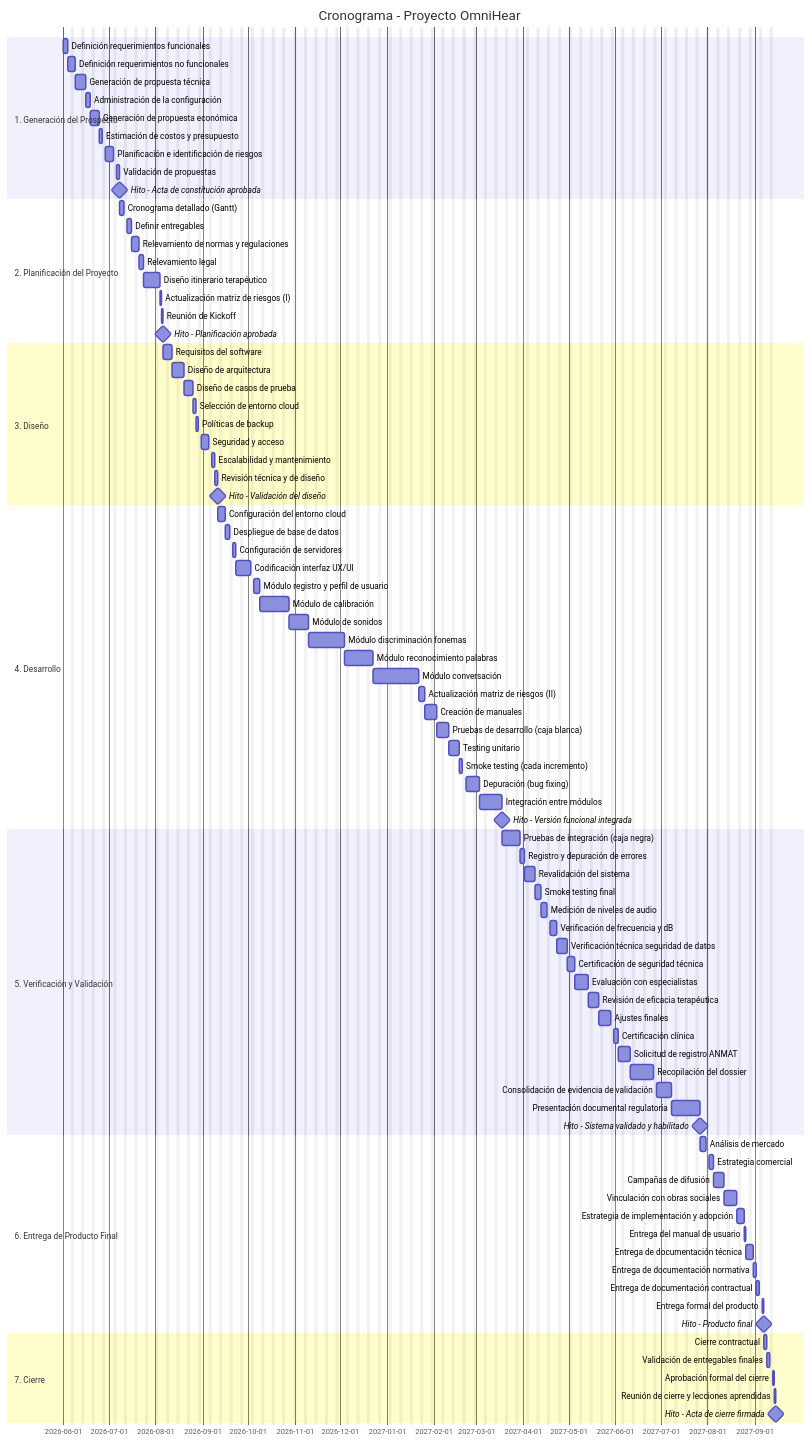
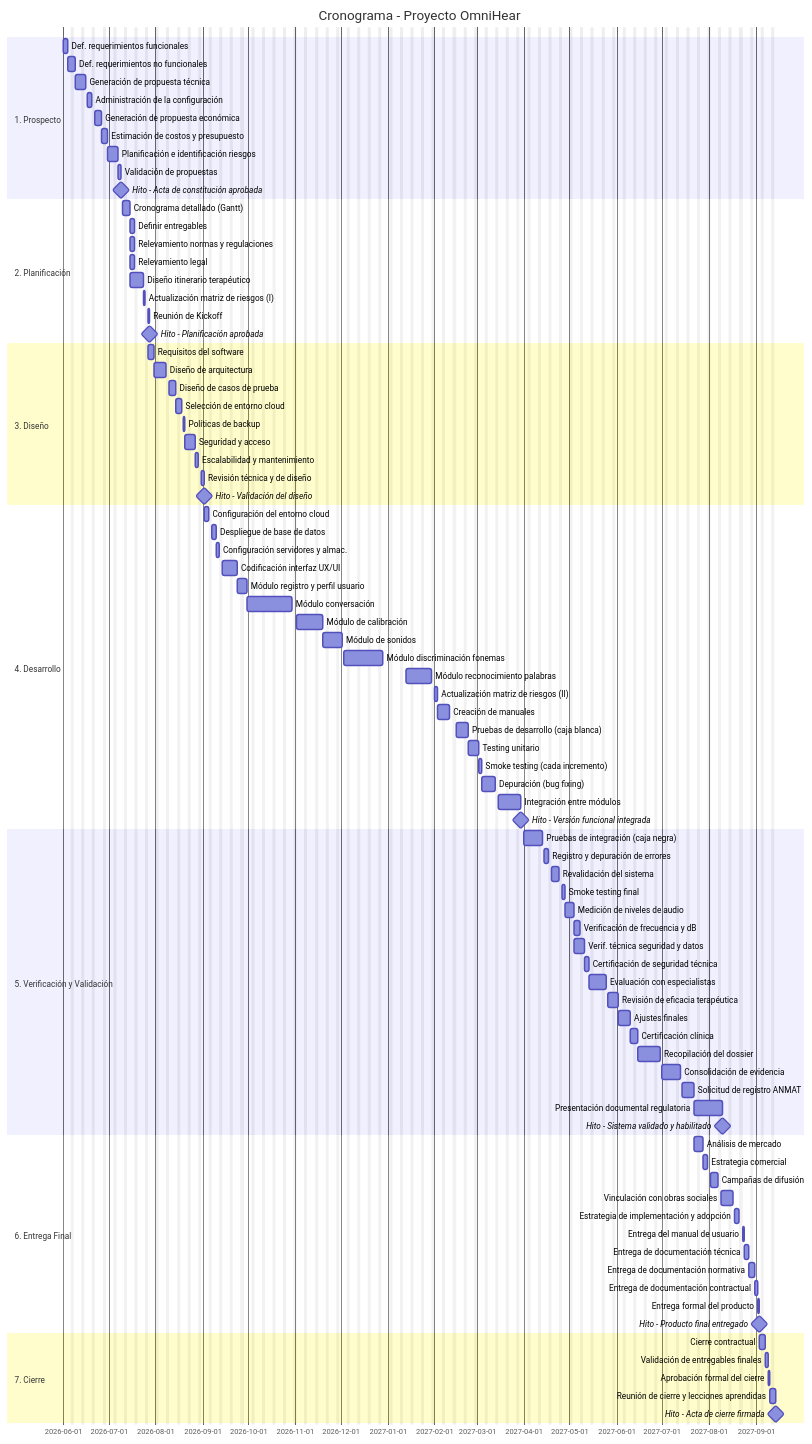
Before and after one commit to VictoriaViganoni/gestion-2026: the diagram in docs/02-wbs-estimaciones/gantt_omnihear.md, drawn with Mermaid. The commit also changed other lines of this file and 4 other files, not shown here.

Commit message:
fin de cronograma gantt v1

````diff
--- a/docs/02-wbs-estimaciones/gantt_omnihear.md
+++ b/docs/02-wbs-estimaciones/gantt_omnihear.md
@@ -7,94 +7,94 @@
     dateFormat  YYYY-MM-DD
     excludes    weekends
 
-    section 1. Generación del Prospecto
-    Definición requerimientos funcionales     :t111, 2026-06-01, 3d
-    Definición requerimientos no funcionales  :t112, after t111, 3d
-    Generación de propuesta técnica           :t12, after t112, 5d
-    Administración de la configuración        :t13, after t12, 3d
-    Generación de propuesta económica         :t14, after t13, 4d
-    Estimación de costos y presupuesto        :t141, after t14, 2d
-    Planificación e identificación de riesgos :t15, after t141, 5d
-    Validación de propuestas                  :t16, after t15, 2d
-    Hito - Acta de constitución aprobada      :milestone, m1, after t16, 0d
+    section 1. Prospecto
+    Def. requerimientos funcionales          :t111, 2026-06-01, 3d
+    Def. requerimientos no funcionales       :t112, 2026-06-04, 3d
+    Generación de propuesta técnica          :t12,  2026-06-09, 5d
+    Administración de la configuración       :t13,  2026-06-17, 3d
+    Generación de propuesta económica        :t14,  2026-06-22, 4d
+    Estimación de costos y presupuesto       :t141, 2026-06-26, 2d
+    Planificación e identificación riesgos   :t15,  2026-06-30, 5d
+    Validación de propuestas                 :t16,  2026-07-07, 2d
+    Hito - Acta de constitución aprobada     :milestone, m1, after t16, 0d
 
-    section 2. Planificación del Proyecto
-    Cronograma detallado (Gantt)              :t21, after m1, 3d
-    Definir entregables                       :t22, after t21, 3d
-    Relevamiento de normas y regulaciones     :t23, after t22, 3d
-    Relevamiento legal                        :t24, after t23, 3d
-    Diseño itinerario terapéutico             :t25, after t24, 7d
-    Actualización matriz de riesgos (I)       :t26, after t25, 1d
-    Reunión de Kickoff                        :t27, after t26, 1d
-    Hito - Planificación aprobada             :milestone, m2, after t27, 0d
+    section 2. Planificación
+    Cronograma detallado (Gantt)             :t21,  2026-07-10, 3d
+    Definir entregables                      :t22,  2026-07-15, 3d
+    Relevamiento normas y regulaciones       :t23,  2026-07-15, 3d
+    Relevamiento legal                       :t24,  2026-07-15, 3d
+    Diseño itinerario terapéutico            :t25,  2026-07-15, 7d
+    Actualización matriz de riesgos (I)      :t26,  2026-07-24, 1d
+    Reunión de Kickoff                       :t27,  2026-07-27, 1d
+    Hito - Planificación aprobada            :milestone, m2, after t27, 0d
 
     section 3. Diseño
-    Requisitos del software                   :t311, after m2, 4d
-    Diseño de arquitectura                    :t312, after t311, 6d
-    Diseño de casos de prueba                 :t313, after t312, 4d
-    Selección de entorno cloud                :t321, after t313, 2d
-    Políticas de backup                       :t322, after t321, 1d
-    Seguridad y acceso                        :t323, after t322, 5d
-    Escalabilidad y mantenimiento             :t324, after t323, 2d
-    Revisión técnica y de diseño              :t33, after t324, 2d
-    Hito - Validación del diseño              :milestone, m3, after t33, 0d
+    Requisitos del software                  :t311, 2026-07-27, 4d
+    Diseño de arquitectura                   :t312, 2026-07-31, 6d
+    Diseño de casos de prueba                :t313, 2026-08-10, 4d
+    Selección de entorno cloud               :t321, 2026-08-14, 2d
+    Políticas de backup                      :t322, 2026-08-19, 1d
+    Seguridad y acceso                       :t323, 2026-08-20, 5d
+    Escalabilidad y mantenimiento            :t324, 2026-08-27, 2d
+    Revisión técnica y de diseño             :t33,  2026-08-31, 2d
+    Hito - Validación del diseño             :milestone, m3, after t33, 0d
 
     section 4. Desarrollo
-    Configuración del entorno cloud           :t411, after m3, 3d
-    Despliegue de base de datos               :t412, after t411, 3d
-    Configuración de servidores               :t413, after t412, 2d
-    Codificación interfaz UX/UI               :t42, after t413, 8d
-    Módulo registro y perfil de usuario       :t431, after t42, 4d
-    Módulo de calibración                     :t432, after t431, 13d
-    Módulo de sonidos                         :t433, after t432, 9d
-    Módulo discriminación fonemas             :t434, after t433, 18d
-    Módulo reconocimiento palabras            :t435, after t434, 13d
-    Módulo conversación                       :t436, after t435, 22d
-    Actualización matriz de riesgos (II)      :t437, after t436, 2d
-    Creación de manuales                      :t44, after t437, 6d
-    Pruebas de desarrollo (caja blanca)       :t451, after t44, 6d
-    Testing unitario                          :t452, after t451, 5d
-    Smoke testing (cada incremento)           :t453, after t452, 2d
-    Depuración (bug fixing)                   :t46, after t453, 7d
-    Integración entre módulos                 :t47, after t46, 11d
-    Hito - Versión funcional integrada        :milestone, m4, after t47, 0d
+    Configuración del entorno cloud          :t411, 2026-09-02, 3d
+    Despliegue de base de datos              :t412, 2026-09-07, 3d
+    Configuración servidores y almac.        :t413, 2026-09-10, 2d
+    Codificación interfaz UX/UI              :t42,  2026-09-14, 8d
+    Módulo registro y perfil usuario         :t431, 2026-09-24, 4d
+    Módulo conversación                      :t436, 2026-09-30, 22d
+    Módulo de calibración                    :t432, 2026-11-02, 13d
+    Módulo de sonidos                        :t433, 2026-11-19, 9d
+    Módulo discriminación fonemas            :t434, 2026-12-03, 18d
+    Módulo reconocimiento palabras           :t435, 2027-01-13, 13d
+    Actualización matriz de riesgos (II)     :t437, 2027-02-01, 2d
+    Creación de manuales                     :t44,  2027-02-03, 6d
+    Pruebas de desarrollo (caja blanca)      :t451, 2027-02-15, 6d
+    Testing unitario                         :t452, 2027-02-23, 5d
+    Smoke testing (cada incremento)          :t453, 2027-03-02, 2d
+    Depuración (bug fixing)                  :t46,  2027-03-04, 7d
+    Integración entre módulos                :t47,  2027-03-15, 11d
+    Hito - Versión funcional integrada       :milestone, m4, after t47, 0d
 
     section 5. Verificación y Validación
-    Pruebas de integración (caja negra)       :t511, after m4, 8d
-    Registro y depuración de errores          :t512, after t511, 3d
-    Revalidación del sistema                  :t513, after t512, 5d
-    Smoke testing final                       :t514, after t513, 2d
-    Medición de niveles de audio              :t521, after t514, 4d
-    Verificación de frecuencia y dB           :t522, after t521, 4d
-    Verificación técnica seguridad de datos   :t523, after t522, 5d
-    Certificación de seguridad técnica        :t524, after t523, 3d
-    Evaluación con especialistas              :t531, after t524, 7d
-    Revisión de eficacia terapéutica          :t532, after t531, 5d
-    Ajustes finales                           :t533, after t532, 6d
-    Certificación clínica                     :t534, after t533, 3d
-    Solicitud de registro ANMAT               :t541, after t534, 6d
-    Recopilación del dossier                  :t542, after t541, 11d
-    Consolidación de evidencia de validación  :t543, after t542, 8d
-    Presentación documental regulatoria       :t544, after t543, 13d
-    Hito - Sistema validado y habilitado      :milestone, m5, after t544, 0d
+    Pruebas de integración (caja negra)      :t511, 2027-04-01, 8d
+    Registro y depuración de errores         :t512, 2027-04-14, 3d
+    Revalidación del sistema                 :t513, 2027-04-19, 5d
+    Smoke testing final                      :t514, 2027-04-26, 2d
+    Medición de niveles de audio             :t521, 2027-04-28, 4d
+    Verificación de frecuencia y dB          :t522, 2027-05-04, 4d
+    Verif. técnica seguridad y datos         :t523, 2027-05-04, 5d
+    Certificación de seguridad técnica       :t524, 2027-05-11, 3d
+    Evaluación con especialistas             :t531, 2027-05-14, 7d
+    Revisión de eficacia terapéutica         :t532, 2027-05-26, 5d
+    Ajustes finales                          :t533, 2027-06-02, 6d
+    Certificación clínica                    :t534, 2027-06-10, 3d
+    Recopilación del dossier                 :t541, 2027-06-15, 11d
+    Consolidación de evidencia               :t542, 2027-07-01, 8d
+    Solicitud de registro ANMAT              :t543, 2027-07-14, 6d
+    Presentación documental regulatoria      :t544, 2027-07-22, 13d
+    Hito - Sistema validado y habilitado     :milestone, m5, after t544, 0d
 
-    section 6. Entrega de Producto Final
-    Análisis de mercado                       :t611, after m5, 4d
-    Estrategia comercial                      :t612, after t611, 3d
-    Campañas de difusión                      :t613, after t612, 5d
-    Vinculación con obras sociales            :t614, after t613, 6d
-    Estrategia de implementación y adopción   :t615, after t614, 3d
-    Entrega del manual de usuario             :t621, after t615, 1d
-    Entrega de documentación técnica          :t622, after t621, 3d
-    Entrega de documentación normativa        :t623, after t622, 2d
-    Entrega de documentación contractual      :t624, after t623, 2d
-    Entrega formal del producto               :t625, after t624, 1d
-    Hito - Producto final                     :milestone, m6, after t625, 0d
+    section 6. Entrega Final
+    Análisis de mercado                      :t611, 2027-07-22, 4d
+    Estrategia comercial                     :t612, 2027-07-28, 3d
+    Campañas de difusión                     :t613, 2027-08-02, 5d
+    Vinculación con obras sociales           :t614, 2027-08-09, 6d
+    Estrategia de implementación y adopción  :t615, 2027-08-18, 3d
+    Entrega del manual de usuario            :t621, 2027-08-23, 1d
+    Entrega de documentación técnica         :t622, 2027-08-24, 3d
+    Entrega de documentación normativa       :t623, 2027-08-27, 2d
+    Entrega de documentación contractual     :t624, 2027-08-31, 2d
+    Entrega formal del producto              :t625, 2027-09-02, 1d
+    Hito - Producto final entregado          :milestone, m6, after t625, 0d
 
     section 7. Cierre
-    Cierre contractual                        :t711, after m6, 2d
-    Validación de entregables finales         :t712, after t711, 2d
-    Aprobación formal del cierre              :t713, after t712, 1d
-    Reunión de cierre y lecciones aprendidas  :t72, after t713, 1d
-    Hito - Acta de cierre firmada             :milestone, m7, after t72, 0d
+    Cierre contractual                       :t711, 2027-09-03, 2d
+    Validación de entregables finales        :t712, 2027-09-07, 2d
+    Aprobación formal del cierre             :t713, 2027-09-09, 1d
+    Reunión de cierre y lecciones aprendidas :t72,  2027-09-10, 2d
+    Hito - Acta de cierre firmada            :milestone, m7, after t72, 0d
 ```
````
